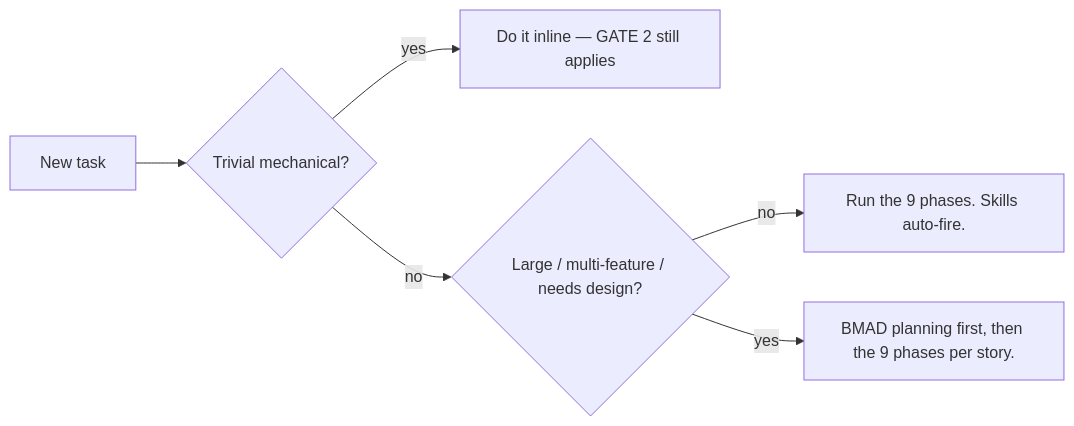
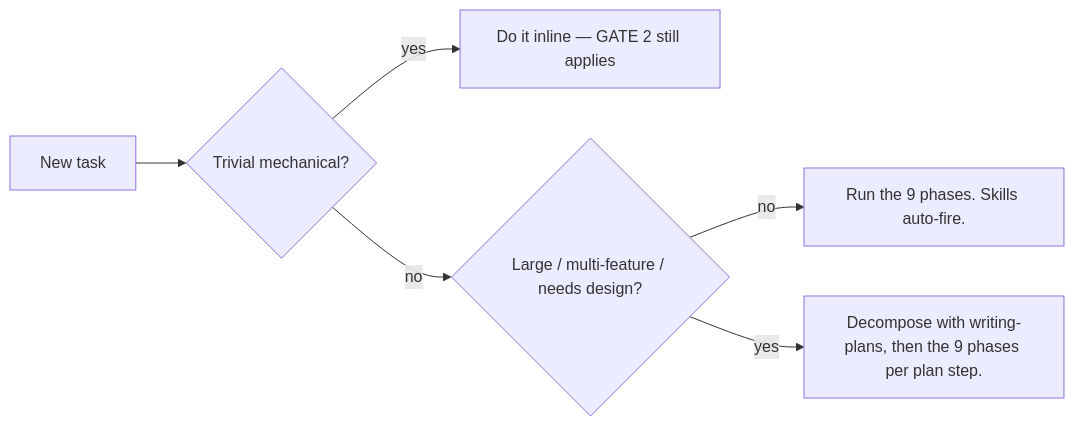
The second of 2 diagrams in .claude/rules/workflow.md (HenriGeorge/Yannick), drawn with Mermaid before and after one commit. The commit also changed other lines of this file and 7 other files, not shown here.

````diff
--- a/.claude/rules/workflow.md
+++ b/.claude/rules/workflow.md
@@ -92,8 +92,8 @@
 ```mermaid
 flowchart LR
     Q[New task] --> Q1{Trivial mechanical?}
     Q1 -->|yes| Inline["Do it inline — GATE 2 still applies"]
     Q1 -->|no| Q2{Large / multi-feature / needs design?}
     Q2 -->|no| Full["Run the 9 phases. Skills auto-fire."]
-    Q2 -->|yes| Heavy["BMAD planning first, then the 9 phases per story."]
+    Q2 -->|yes| Heavy["Decompose with writing-plans, then the 9 phases per plan step."]
 ```
````
